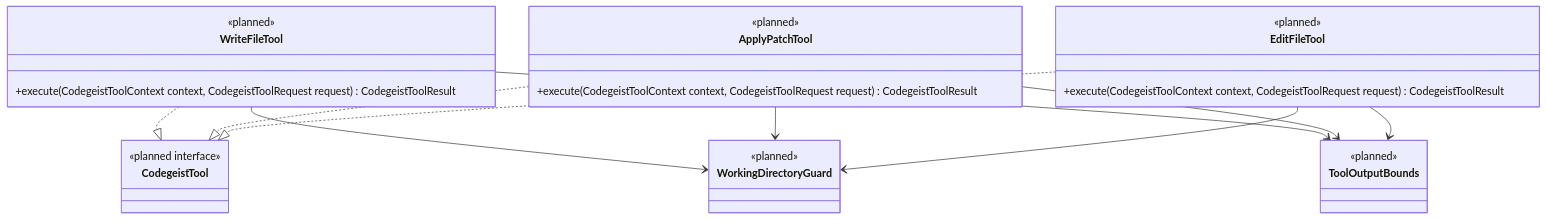
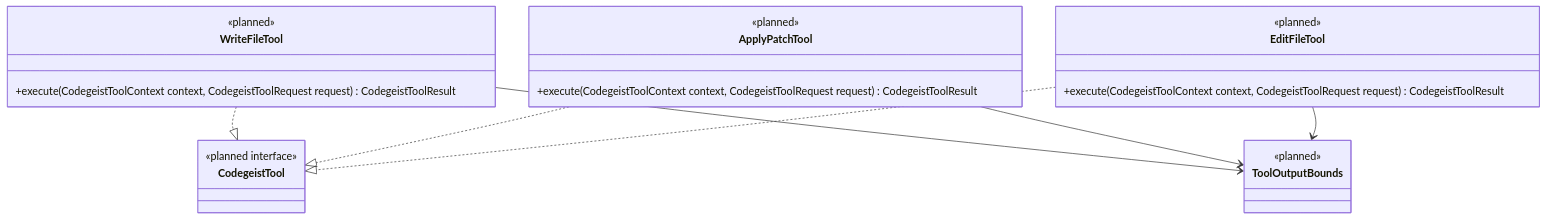
One commit to codegeist-ai/codegeist changed the tenth of 17 diagrams in docs/tasks/T007_build-codegeist-runtime-harness/runtime-harness-spec.md. Above: the diagram before and after it, drawn with Mermaid. The commit also changed other lines of this file and 61 other files, not shown here.

First line of the commit message:
feat(tool): add exact edit tool and native smoke harness

````diff
--- a/docs/tasks/T007_build-codegeist-runtime-harness/runtime-harness-spec.md
+++ b/docs/tasks/T007_build-codegeist-runtime-harness/runtime-harness-spec.md
@@ -490,41 +476,34 @@
 ```mermaid
 classDiagram
     direction TB
 
     class CodegeistTool {
       <<planned interface>>
-    }
-
-    class WorkingDirectoryGuard {
-      <<planned>>
     }
 
     class ToolOutputBounds {
       <<planned>>
     }
 
     class WriteFileTool {
       <<planned>>
       +execute(CodegeistToolContext context, CodegeistToolRequest request) CodegeistToolResult
     }
 
     class ApplyPatchTool {
       <<planned>>
       +execute(CodegeistToolContext context, CodegeistToolRequest request) CodegeistToolResult
     }
 
     class EditFileTool {
       <<planned>>
       +execute(CodegeistToolContext context, CodegeistToolRequest request) CodegeistToolResult
     }
 
     WriteFileTool ..|> CodegeistTool
     ApplyPatchTool ..|> CodegeistTool
     EditFileTool ..|> CodegeistTool
-    WriteFileTool --> WorkingDirectoryGuard
-    ApplyPatchTool --> WorkingDirectoryGuard
-    EditFileTool --> WorkingDirectoryGuard
     WriteFileTool --> ToolOutputBounds
     ApplyPatchTool --> ToolOutputBounds
     EditFileTool --> ToolOutputBounds
 ```
````
